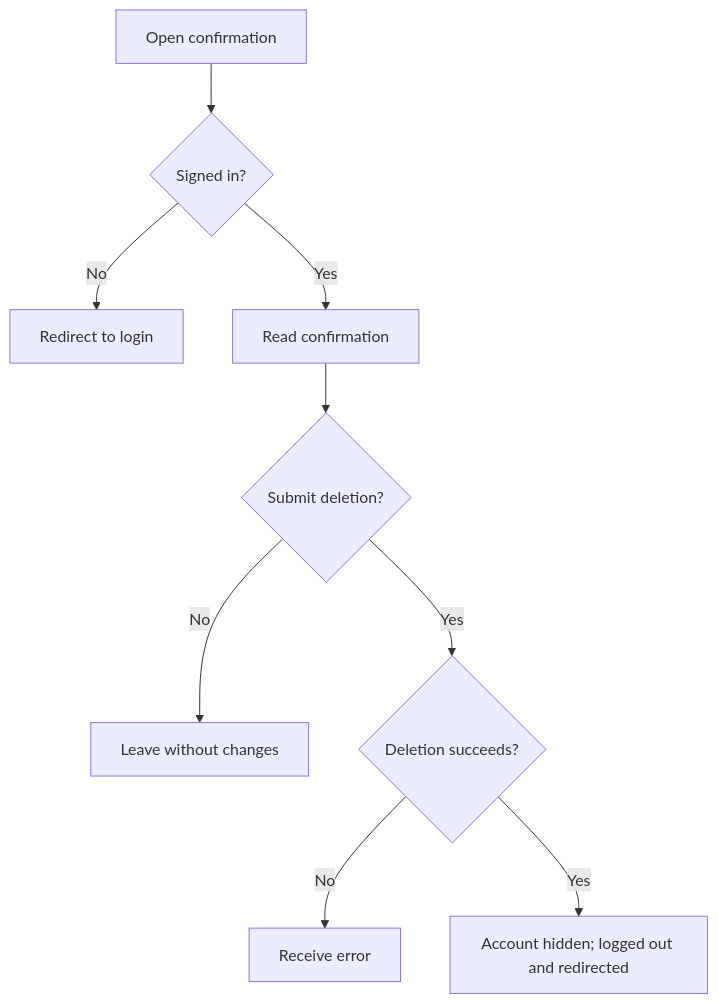
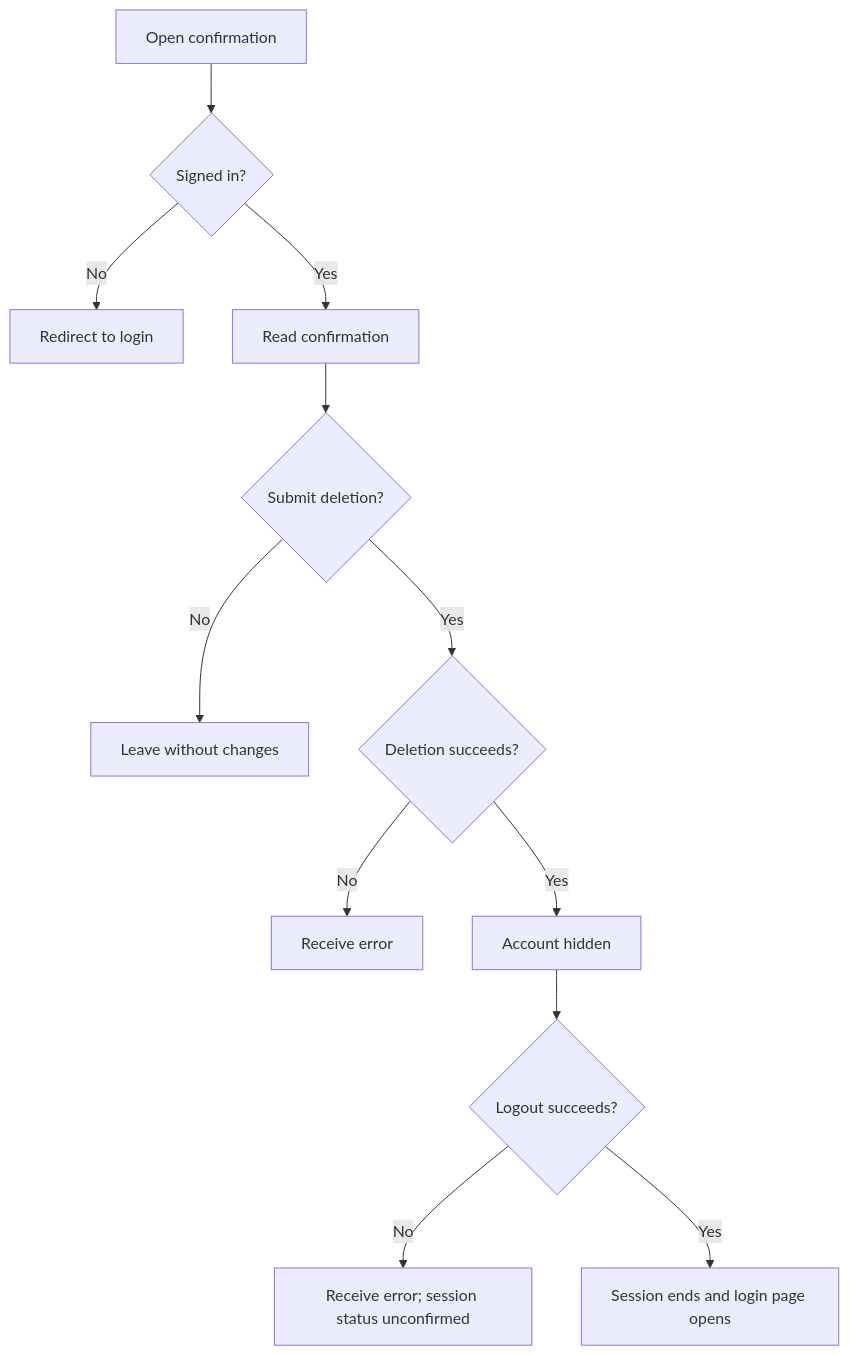
The first of 2 diagrams in user-stories/example-apps/us-demo-08-inertia-delete.md (Kevinjohn/oss-adonisjs-lucid-soft-delete), drawn with Mermaid before and after one commit. The commit also changed other lines of this file and 6 other files, not shown here.

````diff
--- a/user-stories/example-apps/us-demo-08-inertia-delete.md
+++ b/user-stories/example-apps/us-demo-08-inertia-delete.md
@@ -19,10 +19,12 @@
 ```mermaid
 flowchart TD
     A["Open confirmation"] --> B{"Signed in?"}
     B -->|No| C["Redirect to login"]
     B -->|Yes| D["Read confirmation"] --> E{"Submit deletion?"}
     E -->|No| F["Leave without changes"]
     E -->|Yes| G{"Deletion succeeds?"}
     G -->|No| H["Receive error"]
-    G -->|Yes| I["Account hidden; logged out and redirected"]
+    G -->|Yes| I["Account hidden"] --> J{"Logout succeeds?"}
+    J -->|No| K["Receive error; session status unconfirmed"]
+    J -->|Yes| L["Session ends and login page opens"]
 ```
````
